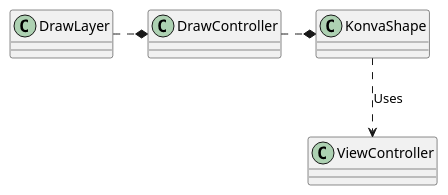
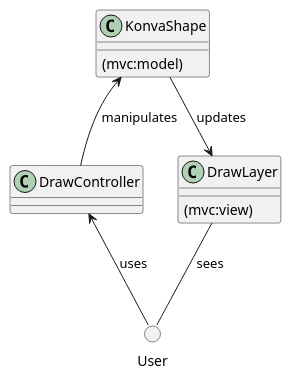
One commit to ivmartel/dwv changed the diagram in resources/doc/img/classes-layers-draw.puml. Above: the diagram before and after it, drawn with PlantUML. The commit also changed 7 other files, not shown here.

Commit message:
Update doc diagrams

```diff
--- a/resources/doc/img/classes-layers-draw.puml
+++ b/resources/doc/img/classes-layers-draw.puml
@@ -1,12 +1,18 @@
 @startuml
 
-class KonvaShape
-class DrawLayer
+class KonvaShape {
+  (mvc:model)
+}
+class DrawLayer {
+  (mvc:view)
+}
 class DrawController
-class ViewController
 
-KonvaShape ..> ViewController: Uses
-DrawController .* KonvaShape
-DrawLayer .* DrawController
+circle User
+
+KonvaShape --> DrawLayer: updates
+DrawLayer -- User: sees
+User -up-> DrawController: uses
+DrawController -up-> KonvaShape: manipulates
 
 @enduml
```
